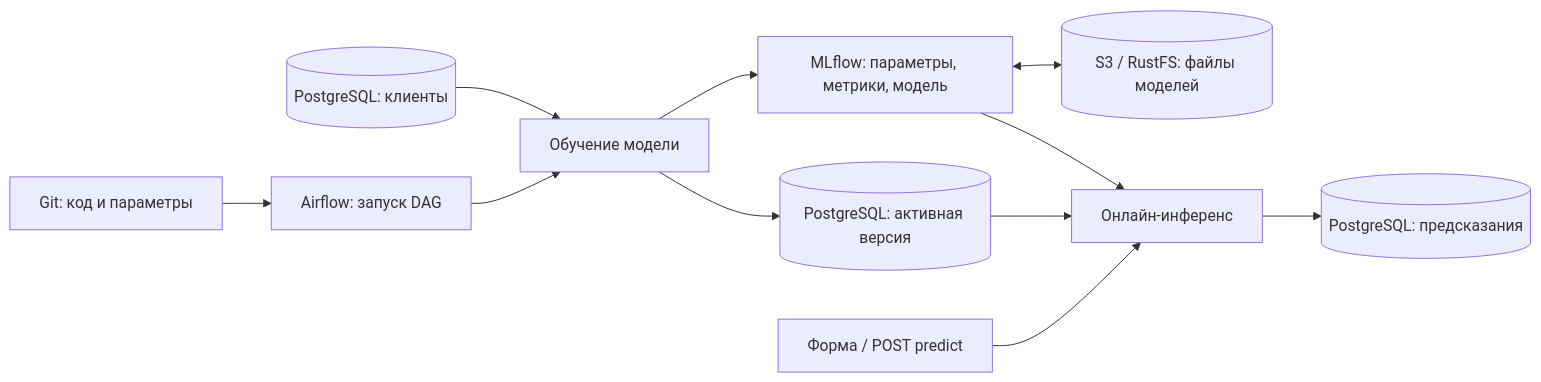
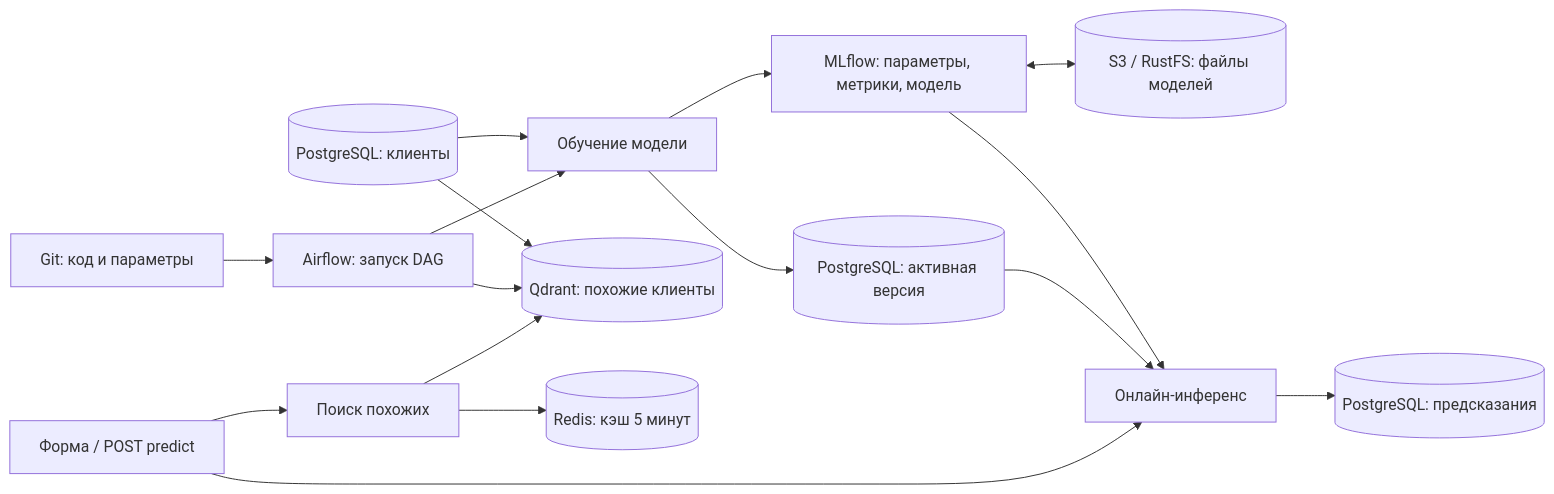
One commit to sergey445512/airflow-ml-service-demo changed the diagram in README.md. Above: the diagram before and after it, drawn with Mermaid. The commit also changed other lines of this file and 15 other files, not shown here.

Commit message:
Add Qdrant similarity search and Redis cache demo

````diff
--- a/README.md
+++ b/README.md
@@ -32,13 +34,18 @@
 ```mermaid
 flowchart LR
     G[Git: код и параметры] --> A[Airflow: запуск DAG]
     P[(PostgreSQL: клиенты)] --> T[Обучение модели]
+    P --> Q[(Qdrant: похожие клиенты)]
     A --> T
+    A --> Q
     T --> M[MLflow: параметры, метрики, модель]
     T --> V[(PostgreSQL: активная версия)]
     M <--> O[(S3 / RustFS: файлы моделей)]
     M --> S[Онлайн-инференс]
     V --> S
     U[Форма / POST predict] --> S
     S --> R[(PostgreSQL: предсказания)]
+    U --> N[Поиск похожих]
+    N --> C[(Redis: кэш 5 минут)]
+    N --> Q
 ```
````
